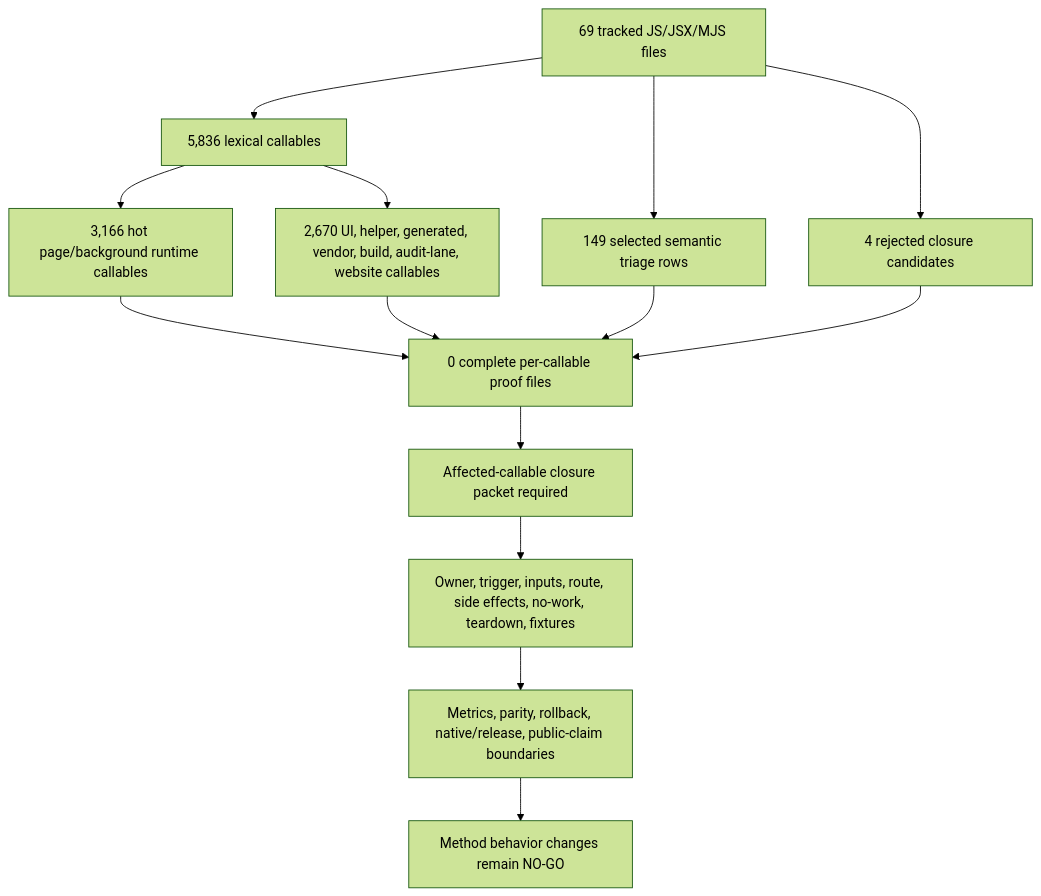
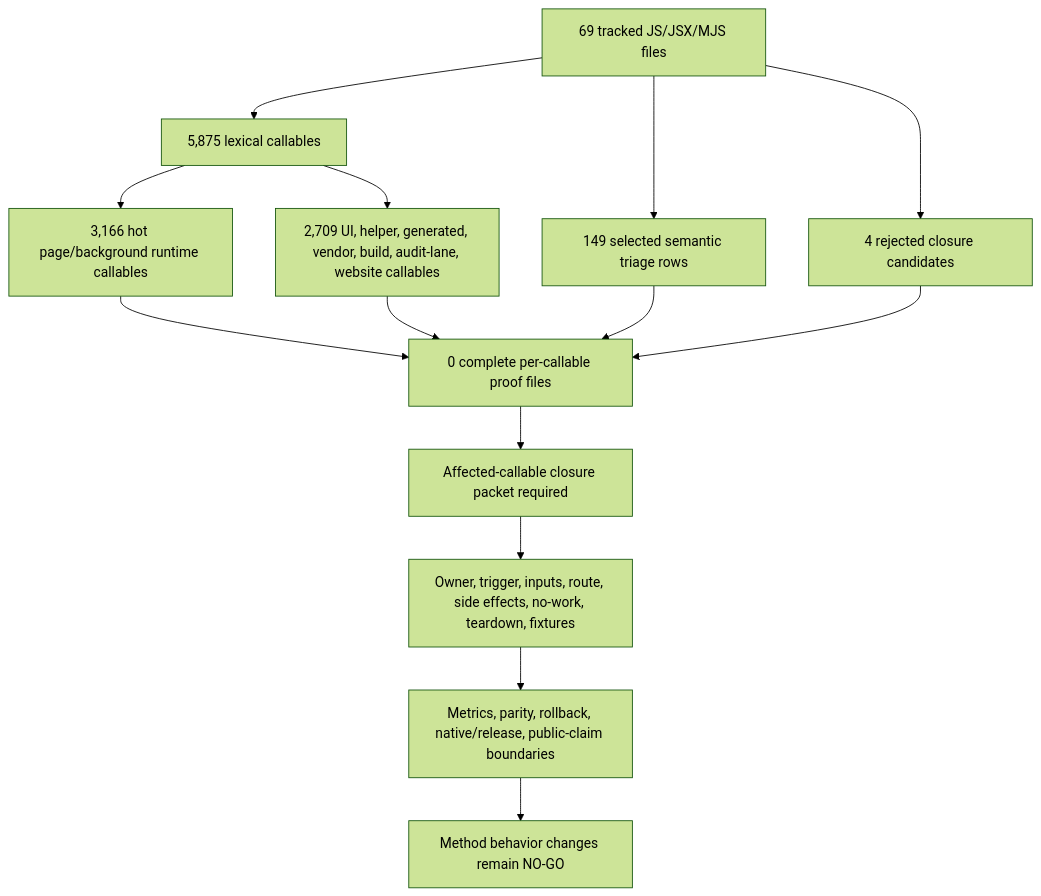
One commit to varshneydevansh/FilterTube changed the first of 2 diagrams in docs/audit/FILTERTUBE_METHOD_SEMANTIC_PROOF_GAP_INDEX_CURRENT_BEHAVIOR_2026-05-25.md. Above: the diagram before and after it, drawn with Mermaid (forest theme). The commit also changed other lines of this file and 46 other files, not shown here.

````diff
--- a/docs/audit/FILTERTUBE_METHOD_SEMANTIC_PROOF_GAP_INDEX_CURRENT_BEHAVIOR_2026-05-25.md
+++ b/docs/audit/FILTERTUBE_METHOD_SEMANTIC_PROOF_GAP_INDEX_CURRENT_BEHAVIOR_2026-05-25.md
@@ -130,16 +144,16 @@
 ```mermaid
 flowchart TD
-  A["69 tracked JS/JSX/MJS files"] --> B["5,836 lexical callables"]
+  A["69 tracked JS/JSX/MJS files"] --> B["5,875 lexical callables"]
   B --> C["3,166 hot page/background runtime callables"]
-  B --> D["2,670 UI, helper, generated, vendor, build, audit-lane, website callables"]
+  B --> D["2,709 UI, helper, generated, vendor, build, audit-lane, website callables"]
   A --> E["149 selected semantic triage rows"]
   A --> F["4 rejected closure candidates"]
   C --> G["0 complete per-callable proof files"]
   D --> G
   E --> G
   F --> G
   G --> H["Affected-callable closure packet required"]
   H --> I["Owner, trigger, inputs, route, side effects, no-work, teardown, fixtures"]
   I --> J["Metrics, parity, rollback, native/release, public-claim boundaries"]
   J --> K["Method behavior changes remain NO-GO"]
 ```
````
